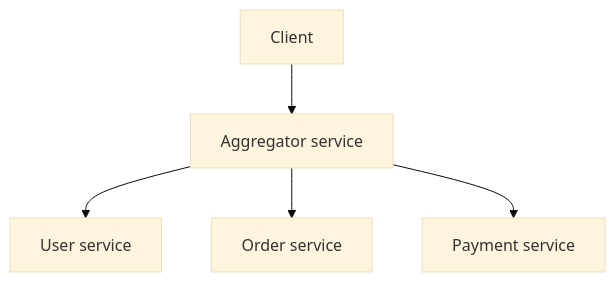
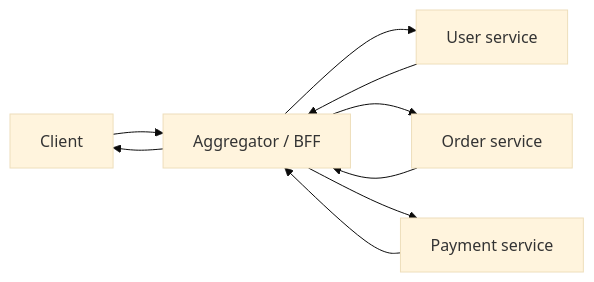
Before and after one commit to hareramcse/SystemDesign: the tenth of 28 diagrams in 07-api-design/README.md, drawn with Mermaid (base theme). The commit also changed other lines of this file and 14 other files, not shown here.

````diff
--- a/07-api-design/README.md
+++ b/07-api-design/README.md
@@ -1229,7 +795,11 @@
 ```mermaid
-flowchart TB
-    C[Client] --> A[Aggregator service]
+flowchart LR
+    C[Client] --> A[Aggregator / BFF]
     A --> US[User service]
     A --> OS[Order service]
     A --> PS[Payment service]
+    US --> A
+    OS --> A
+    PS --> A
+    A --> C
 ```
````
